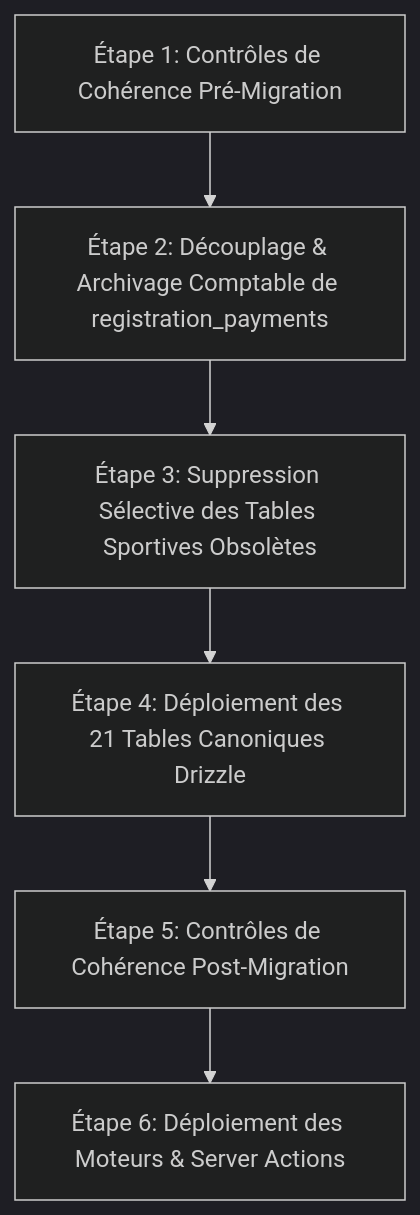
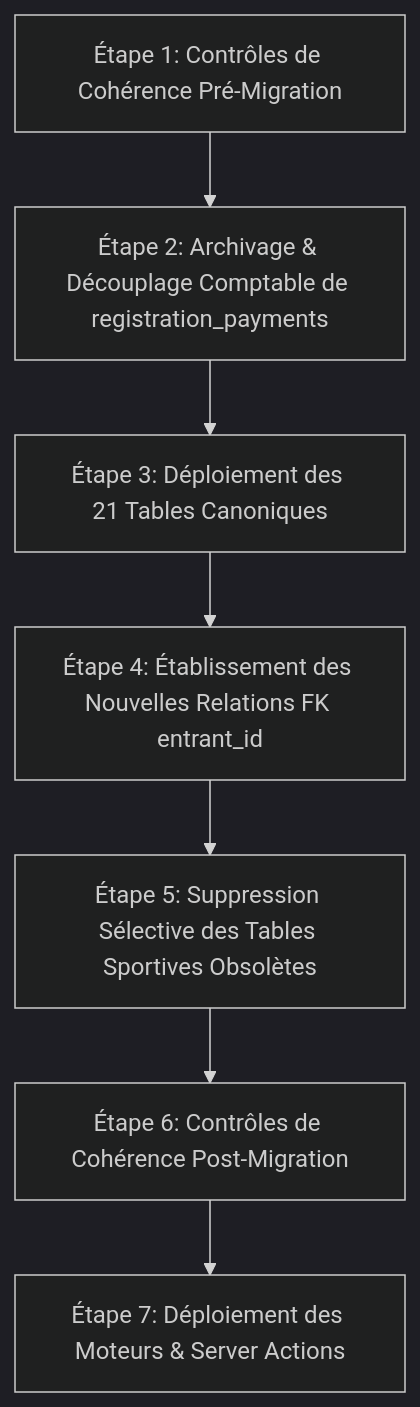
Before and after one commit to AbdoulRachid-Mz/games-trafic: the first of 2 diagrams in docs/audit-competition/07-IMPLEMENTATION-ROADMAP.md, drawn with Mermaid (dark theme). The commit also changed other lines of this file and 3 other files, not shown here.

````diff
--- a/docs/audit-competition/07-IMPLEMENTATION-ROADMAP.md
+++ b/docs/audit-competition/07-IMPLEMENTATION-ROADMAP.md
@@ -18,8 +18,9 @@
 ```mermaid
 flowchart TD
-    A[Étape 1: Contrôles de Cohérence Pré-Migration] --> B[Étape 2: Découplage & Archivage Comptable de registration_payments]
-    B --> C[Étape 3: Suppression Sélective des Tables Sportives Obsolètes]
-    C --> D[Étape 4: Déploiement des 21 Tables Canoniques Drizzle]
-    D --> E[Étape 5: Contrôles de Cohérence Post-Migration]
-    E --> F[Étape 6: Déploiement des Moteurs & Server Actions]
+    A[Étape 1: Contrôles de Cohérence Pré-Migration] --> B[Étape 2: Archivage & Découplage Comptable de registration_payments]
+    B --> C[Étape 3: Déploiement des 21 Tables Canoniques]
+    C --> D[Étape 4: Établissement des Nouvelles Relations FK entrant_id]
+    D --> E[Étape 5: Suppression Sélective des Tables Sportives Obsolètes]
+    E --> F[Étape 6: Contrôles de Cohérence Post-Migration]
+    F --> G[Étape 7: Déploiement des Moteurs & Server Actions]
 ```
````
